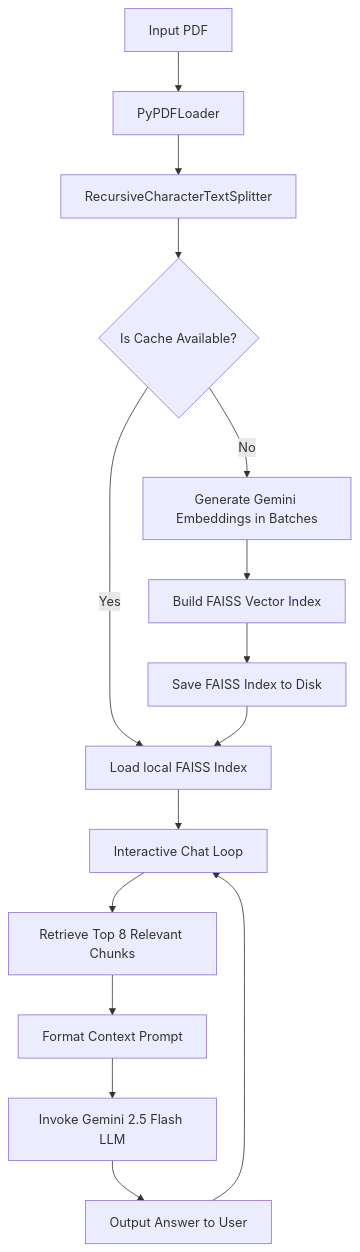
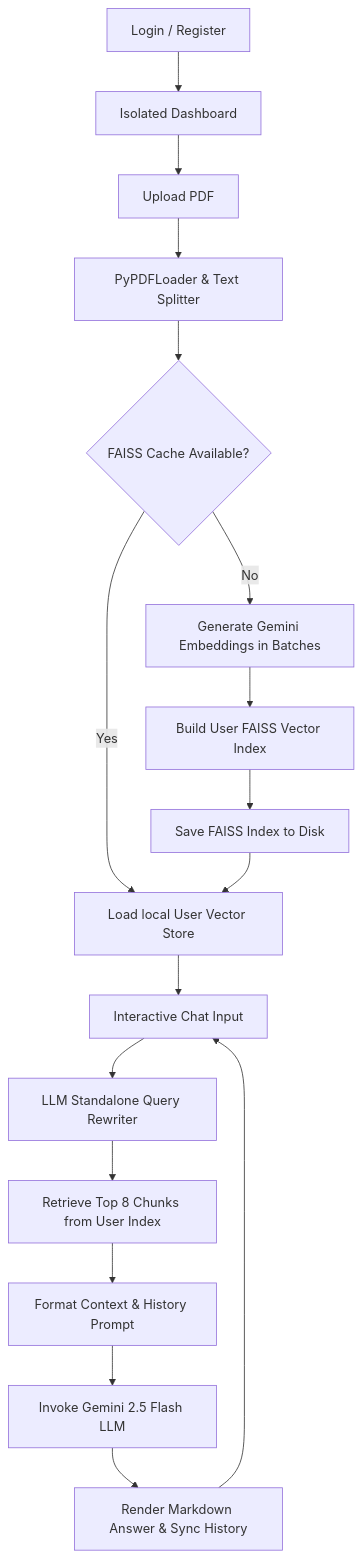
Before and after one commit to prashaantv05/rag-pdf-chat: the diagram in README.md, drawn with Mermaid. The commit also changed other lines of this file and 23 other files, not shown here.

Commit message:
feat: Add DocMind AI web chatbot with SQLite user auth, isolated namespacing, Obsidian Gold UI theme, and query rewriting

````diff
--- a/README.md
+++ b/README.md
@@ -21,17 +32,19 @@
 ```mermaid
 graph TD
-    A[Input PDF] --> B[PyPDFLoader]
-    B --> C[RecursiveCharacterTextSplitter]
-    C --> D{Is Cache Available?}
-    D -- Yes --> E[Load local FAISS Index]
-    D -- No --> F[Generate Gemini Embeddings in Batches]
-    F --> G[Build FAISS Vector Index]
-    G --> H[Save FAISS Index to Disk]
-    H --> E
-    E --> I[Interactive Chat Loop]
-    I --> J[Retrieve Top 8 Relevant Chunks]
-    J --> K[Format Context Prompt]
-    K --> L[Invoke Gemini 2.5 Flash LLM]
-    L --> M[Output Answer to User]
-    M --> I
+    A[Login / Register] --> B[Isolated Dashboard]
+    B --> C[Upload PDF]
+    C --> D[PyPDFLoader & Text Splitter]
+    D --> E{FAISS Cache Available?}
+    E -- Yes --> F[Load local User Vector Store]
+    E -- No --> G[Generate Gemini Embeddings in Batches]
+    G --> H[Build User FAISS Vector Index]
+    H --> I[Save FAISS Index to Disk]
+    I --> F
+    F --> J[Interactive Chat Input]
+    J --> K[LLM Standalone Query Rewriter]
+    K --> L[Retrieve Top 8 Chunks from User Index]
+    L --> M[Format Context & History Prompt]
+    M --> N[Invoke Gemini 2.5 Flash LLM]
+    N --> O[Render Markdown Answer & Sync History]
+    O --> J
 ```
````
